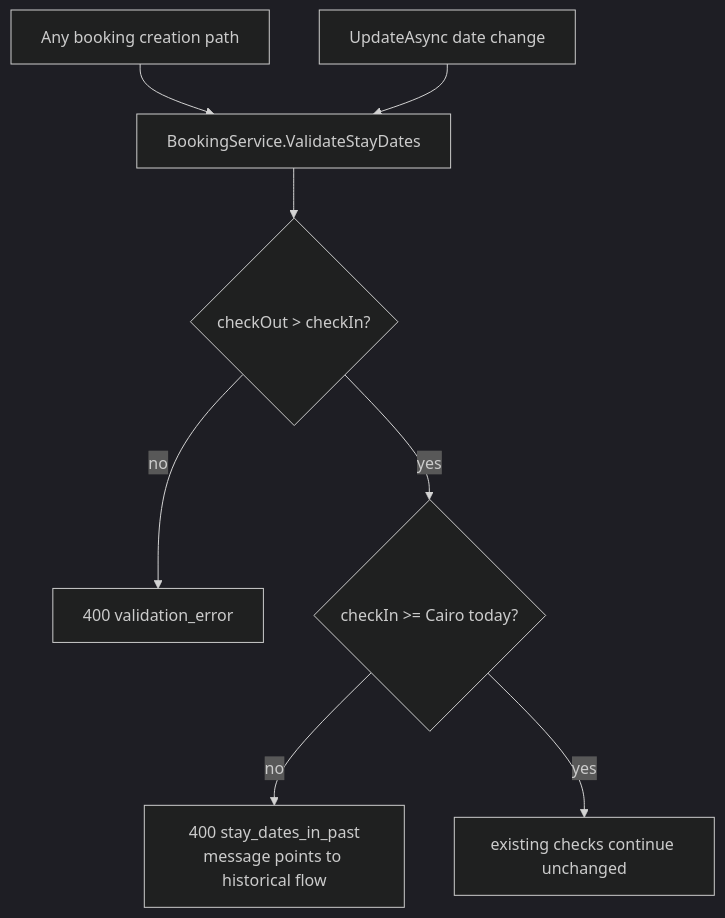
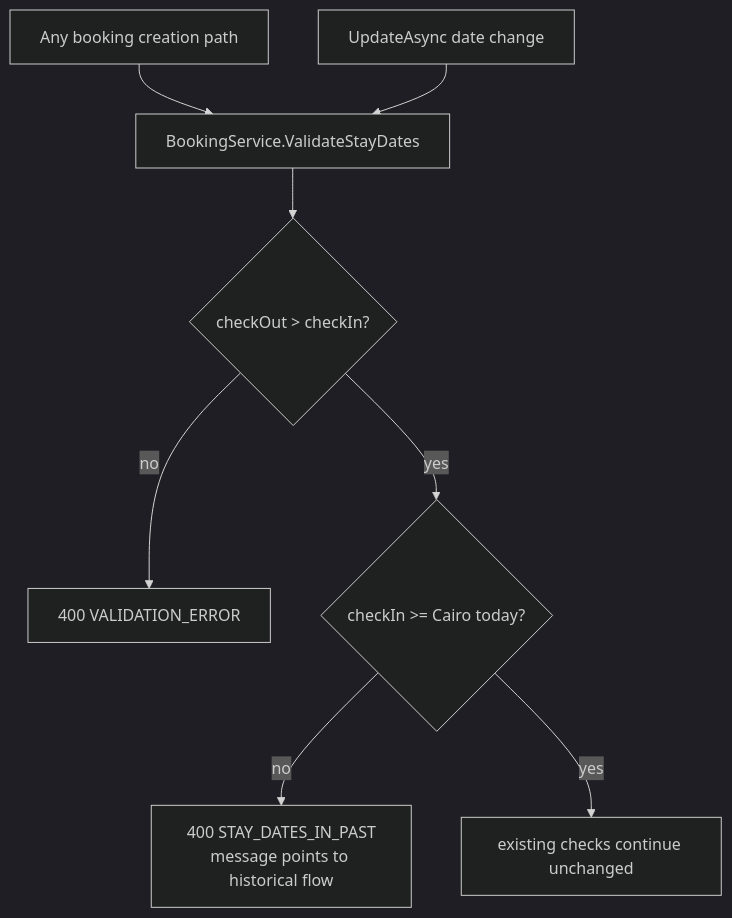
One commit to HozaifaAlmelli/REMAL changed the diagram in docs/plans/historical-bookings/01_TICKET_DISCOVERY_AND_ARCHITECTURE_DECISIONS.md. Above: the diagram before and after it, drawn with Mermaid (dark theme). The commit also changed other lines of this file and 11 other files, not shown here.

````diff
--- a/docs/plans/historical-bookings/01_TICKET_DISCOVERY_AND_ARCHITECTURE_DECISIONS.md
+++ b/docs/plans/historical-bookings/01_TICKET_DISCOVERY_AND_ARCHITECTURE_DECISIONS.md
@@ -429,10 +429,10 @@
 ```mermaid
 graph TD
     A[Any booking creation path] --> B[BookingService.ValidateStayDates]
     B --> C{checkOut > checkIn?}
-    C -->|no| R1[400 validation_error]
+    C -->|no| R1[400 VALIDATION_ERROR]
     C -->|yes| D{checkIn >= Cairo today?}
-    D -->|no| R2[400 stay_dates_in_past<br/>message points to historical flow]
+    D -->|no| R2[400 STAY_DATES_IN_PAST<br/>message points to historical flow]
     D -->|yes| E[existing checks continue unchanged]
     F[UpdateAsync date change] --> B
 ```
````
